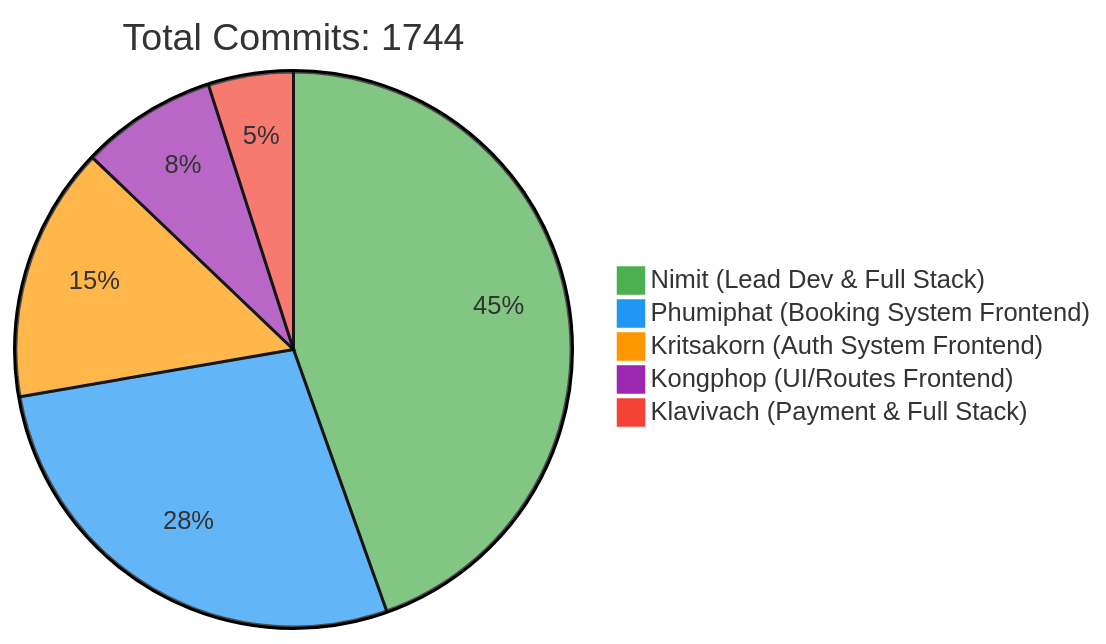
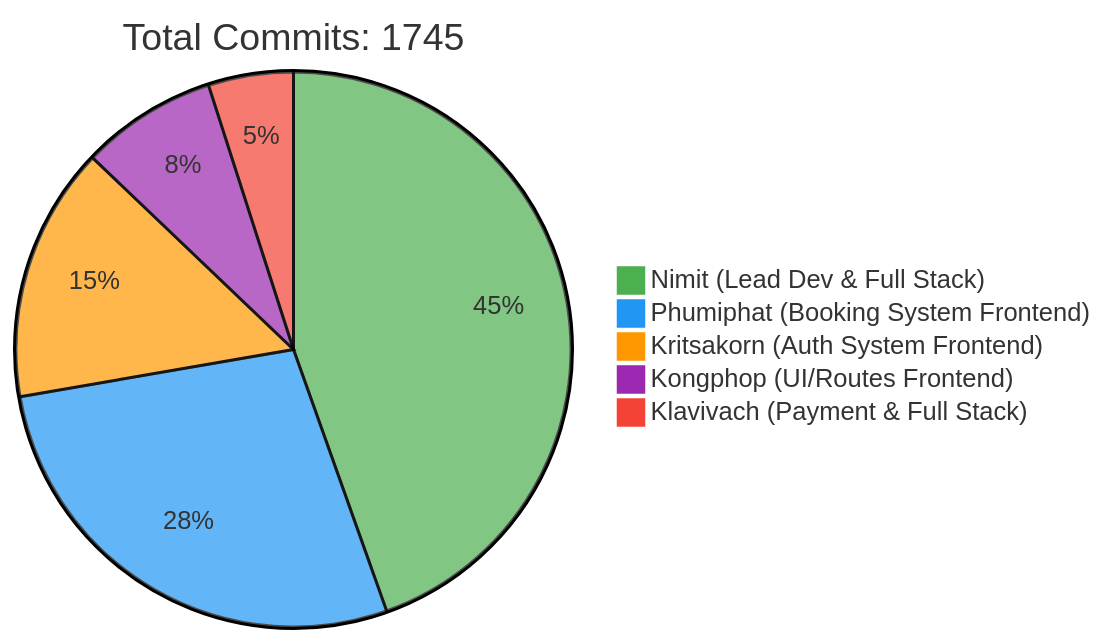
The first of 2 diagrams in README.md (6531503042/Sport-Complex), drawn with Mermaid before and after one commit. The commit also changed other lines of this file, not shown here.

Commit message:
docs: Update contributor statistics [skip ci]

````diff
--- a/README.md
+++ b/README.md
@@ -257,10 +257,10 @@
 ```mermaid
 %%{init: {'theme': 'base', 'themeVariables': { 'pie1': '#4CAF50', 'pie2': '#2196F3', 'pie3': '#FF9800', 'pie4': '#9C27B0', 'pie5': '#F44336'}}}%%
 pie
-    title Total Commits: 1744
+    title Total Commits: 1745
     "Nimit (Lead Dev & Full Stack)" : 450
     "Phumiphat (Booking System Frontend)" : 280
     "Kritsakorn (Auth System Frontend)" : 150
     "Kongphop (UI/Routes Frontend)" : 80
     "Klavivach (Payment & Full Stack)" : 50
 ```
````
